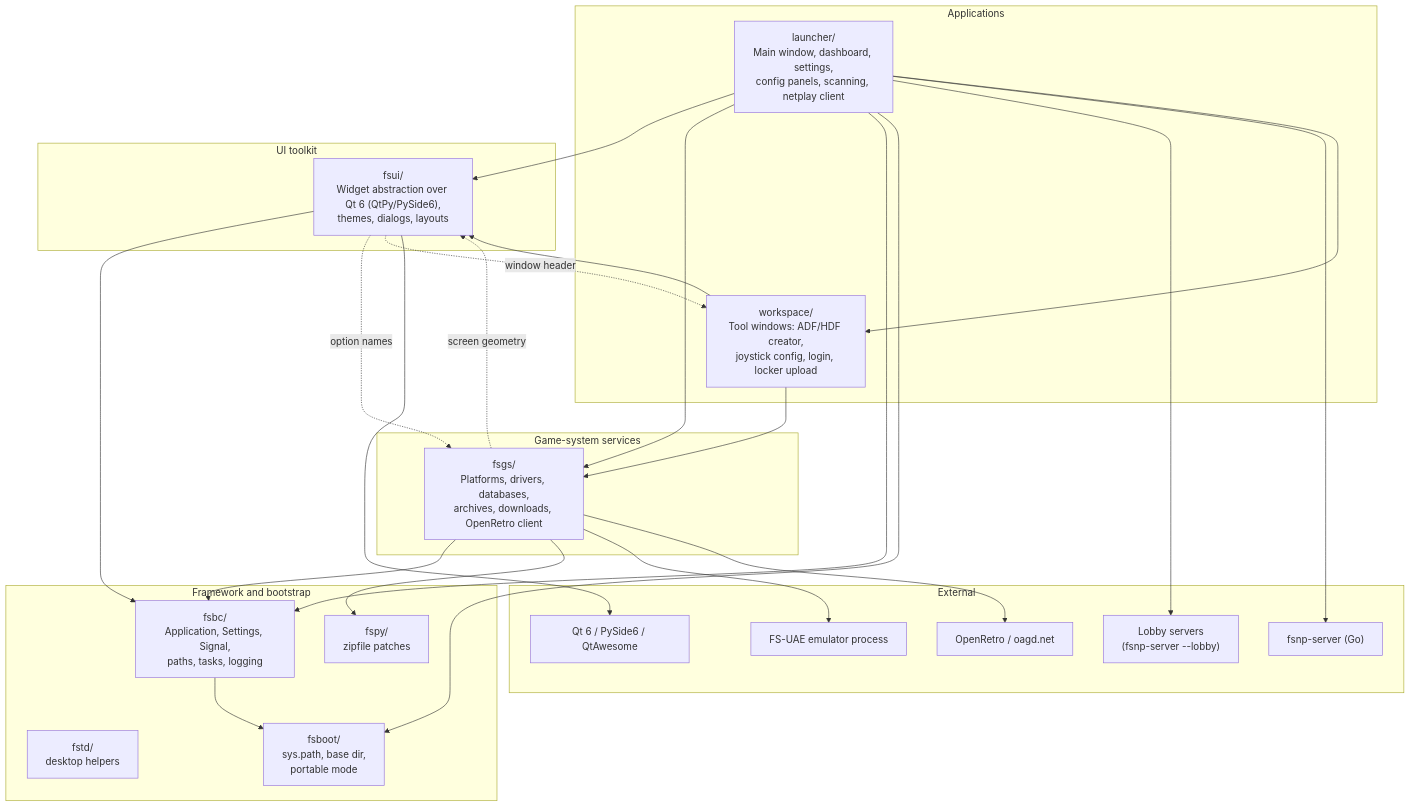
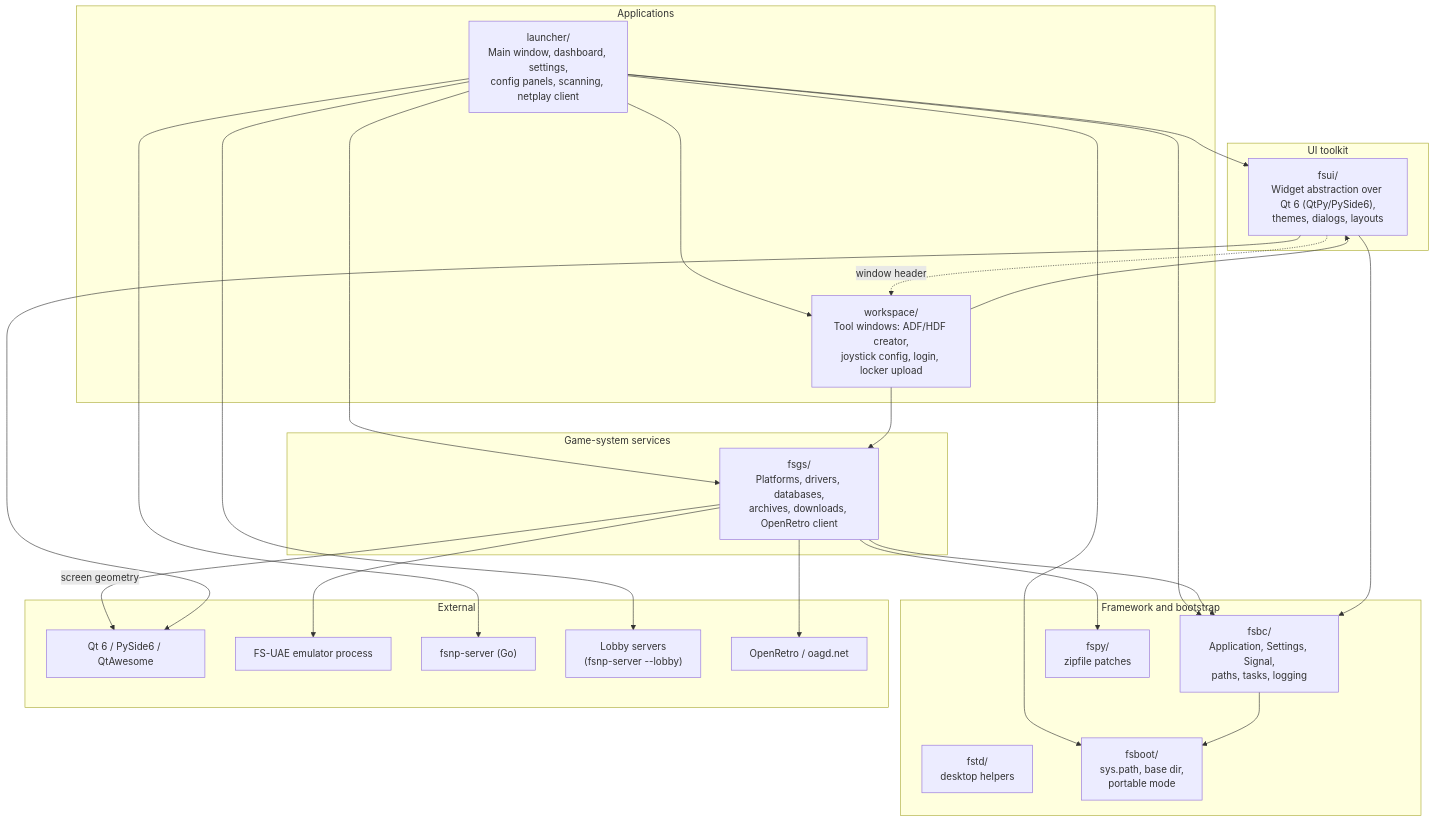
The first of 5 diagrams in docs/architecture.md (pdabel/fs-uae-launcher), drawn with Mermaid before and after one commit. The commit also changed other lines of this file and 5 other files, not shown here.

First line of the commit message:
Stop fsgs and fsui importing each other

````diff
--- a/docs/architecture.md
+++ b/docs/architecture.md
@@ -27,50 +27,49 @@
 ```mermaid
 flowchart TB
     subgraph app["Applications"]
         launcher["launcher/<br/>Main window, dashboard, settings,<br/>config panels, scanning, netplay client"]
         workspace["workspace/<br/>Tool windows: ADF/HDF creator,<br/>joystick config, login, locker upload"]
     end
 
     subgraph domain["Game-system services"]
         fsgs["fsgs/<br/>Platforms, drivers, databases,<br/>archives, downloads, OpenRetro client"]
     end
 
     subgraph ui["UI toolkit"]
         fsui["fsui/<br/>Widget abstraction over Qt 6 (QtPy/PySide6),<br/>themes, dialogs, layouts"]
     end
 
     subgraph base["Framework and bootstrap"]
         fsbc["fsbc/<br/>Application, Settings, Signal,<br/>paths, tasks, logging"]
         fspy["fspy/<br/>zipfile patches"]
         fstd["fstd/<br/>desktop helpers"]
         fsboot["fsboot/<br/>sys.path, base dir,<br/>portable mode"]
     end
 
     subgraph ext["External"]
         qt["Qt 6 / PySide6 / QtAwesome"]
         fsuae["FS-UAE emulator process"]
         fsnp["fsnp-server (Go)"]
         lobbies["Lobby servers<br/>(fsnp-server --lobby)"]
         openretro["OpenRetro / oagd.net"]
     end
 
     launcher --> fsui
     launcher --> fsgs
     launcher --> fsbc
     launcher --> fsboot
     launcher --> lobbies
     launcher --> fsnp
     launcher --> workspace
     workspace --> fsui
     workspace --> fsgs
     fsgs --> fsbc
     fsgs --> fspy
     fsgs --> fsuae
     fsgs --> openretro
+    fsgs -- "screen geometry" --> qt
     fsui --> fsbc
-    fsui -. "option names" .-> fsgs
-    fsgs -. "screen geometry" .-> fsui
     fsui -. "window header" .-> workspace
     fsui --> qt
     fsbc --> fsboot
 ```
````
